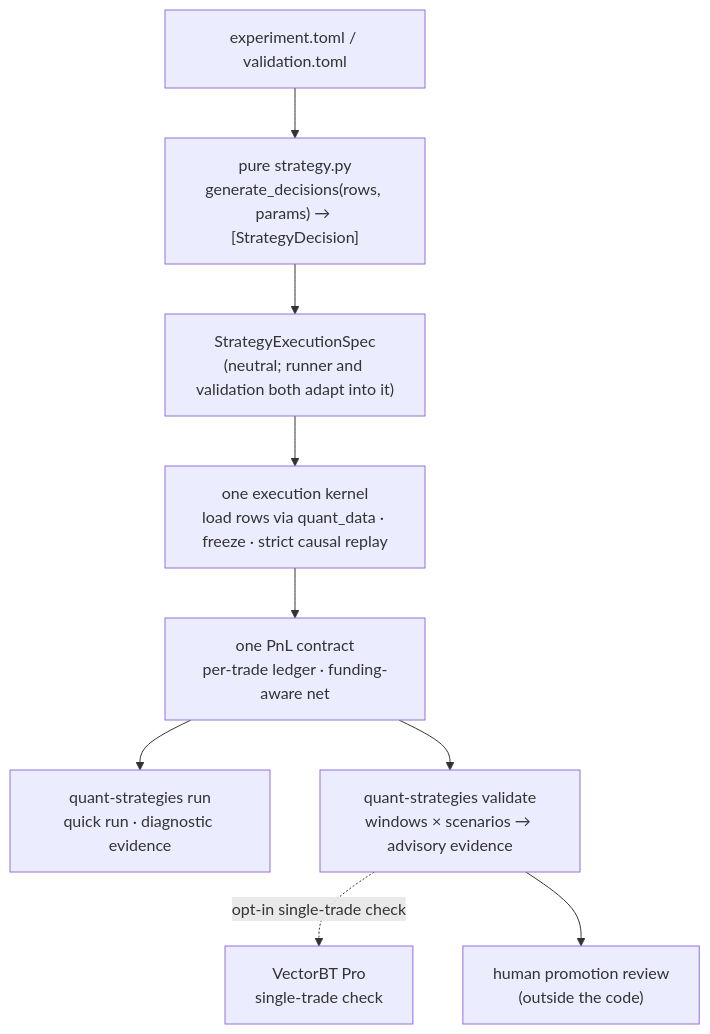
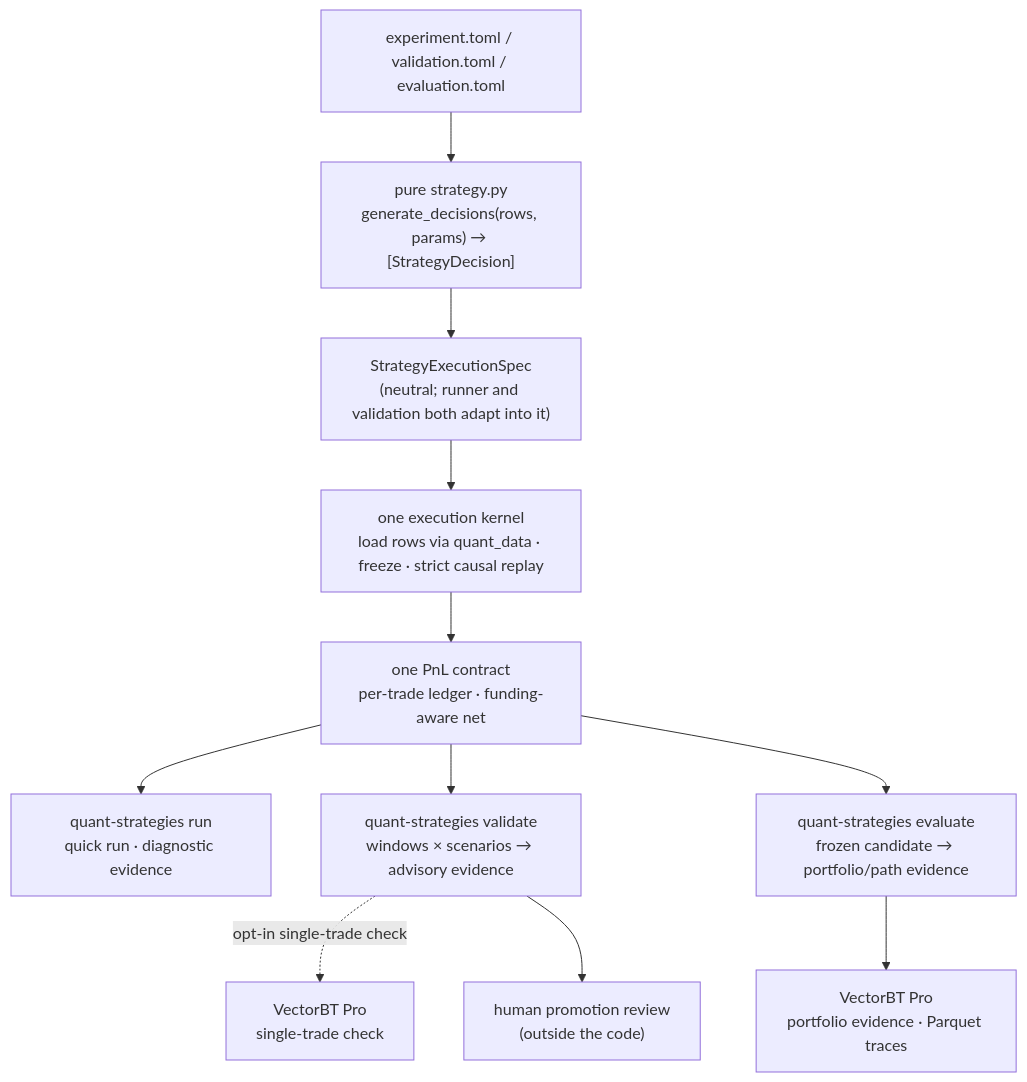
One commit to xxSeasonxx/quant_strategies changed the diagram in README.md. Above: the diagram before and after it, drawn with Mermaid. The commit also changed other lines of this file and 7 other files, not shown here.

````diff
--- a/README.md
+++ b/README.md
@@ -30,12 +30,14 @@
 ```mermaid
 flowchart TD
-    cfg["experiment.toml / validation.toml"] --> strat
+    cfg["experiment.toml / validation.toml / evaluation.toml"] --> strat
     strat["pure strategy.py<br/>generate_decisions(rows, params) → [StrategyDecision]"] --> spec
     spec["StrategyExecutionSpec<br/>(neutral; runner and validation both adapt into it)"] --> kernel
     kernel["one execution kernel<br/>load rows via quant_data · freeze · strict causal replay"] --> pnl
     pnl["one PnL contract<br/>per-trade ledger · funding-aware net"]
     pnl --> quick["quant-strategies run<br/>quick run · diagnostic evidence"]
     pnl --> valid["quant-strategies validate<br/>windows × scenarios → advisory evidence"]
+    pnl --> eval["quant-strategies evaluate<br/>frozen candidate → portfolio/path evidence"]
     valid -. "opt-in single-trade check" .-> oracle["VectorBT Pro<br/>single-trade check"]
+    eval --> vbt["VectorBT Pro<br/>portfolio evidence · Parquet traces"]
     valid --> human["human promotion review<br/>(outside the code)"]
 ```
````
